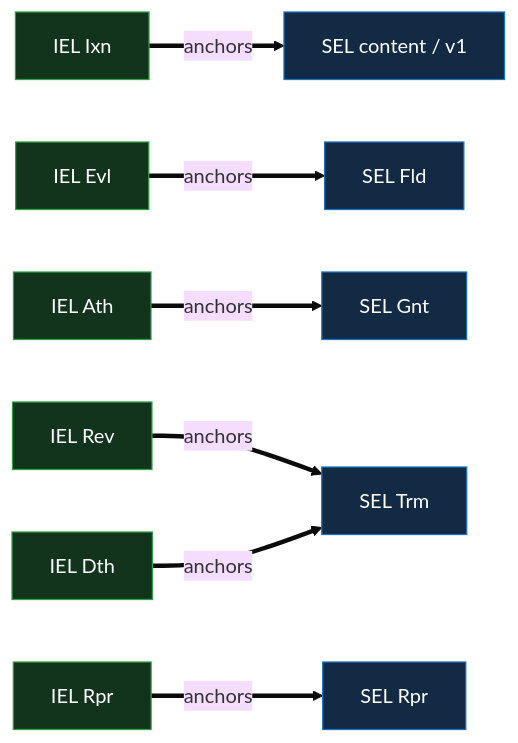
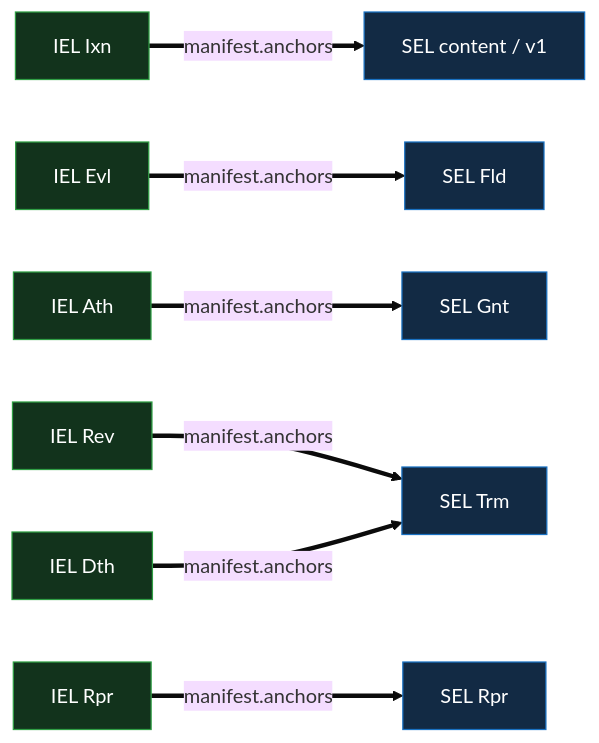
Before and after one commit to jasoncolburne/vdti: the fourth of 7 diagrams in docs/design/primitives/data/event-logs/event-shape.md, drawn with Mermaid (base theme). The commit also changed other lines of this file and 5 other files, not shown here.

````diff
--- a/docs/design/primitives/data/event-logs/event-shape.md
+++ b/docs/design/primitives/data/event-logs/event-shape.md
@@ -401,11 +401,11 @@
 ```mermaid
 flowchart LR
-  Ixn["IEL Ixn"]:::iel ==>|anchors| c["SEL content / v1"]:::sel
-  Evl["IEL Evl"]:::iel ==>|anchors| Fld["SEL Fld"]:::sel
-  Ath["IEL Ath"]:::iel ==>|anchors| Gnt["SEL Gnt"]:::sel
-  Rev["IEL Rev"]:::iel ==>|anchors| Trm["SEL Trm"]:::sel
-  Dth["IEL Dth"]:::iel ==>|anchors| Trm
-  Rpr["IEL Rpr"]:::iel ==>|anchors| RprS["SEL Rpr"]:::sel
+  Ixn["IEL Ixn"]:::iel ==>|manifest.anchors| c["SEL content / v1"]:::sel
+  Evl["IEL Evl"]:::iel ==>|manifest.anchors| Fld["SEL Fld"]:::sel
+  Ath["IEL Ath"]:::iel ==>|manifest.anchors| Gnt["SEL Gnt"]:::sel
+  Rev["IEL Rev"]:::iel ==>|manifest.anchors| Trm["SEL Trm"]:::sel
+  Dth["IEL Dth"]:::iel ==>|manifest.anchors| Trm
+  Rpr["IEL Rpr"]:::iel ==>|manifest.anchors| RprS["SEL Rpr"]:::sel
   classDef iel fill:#12331c,stroke:#2f9e44,color:#fff
   classDef sel fill:#122a44,stroke:#1971c2,color:#fff
 ```
````
